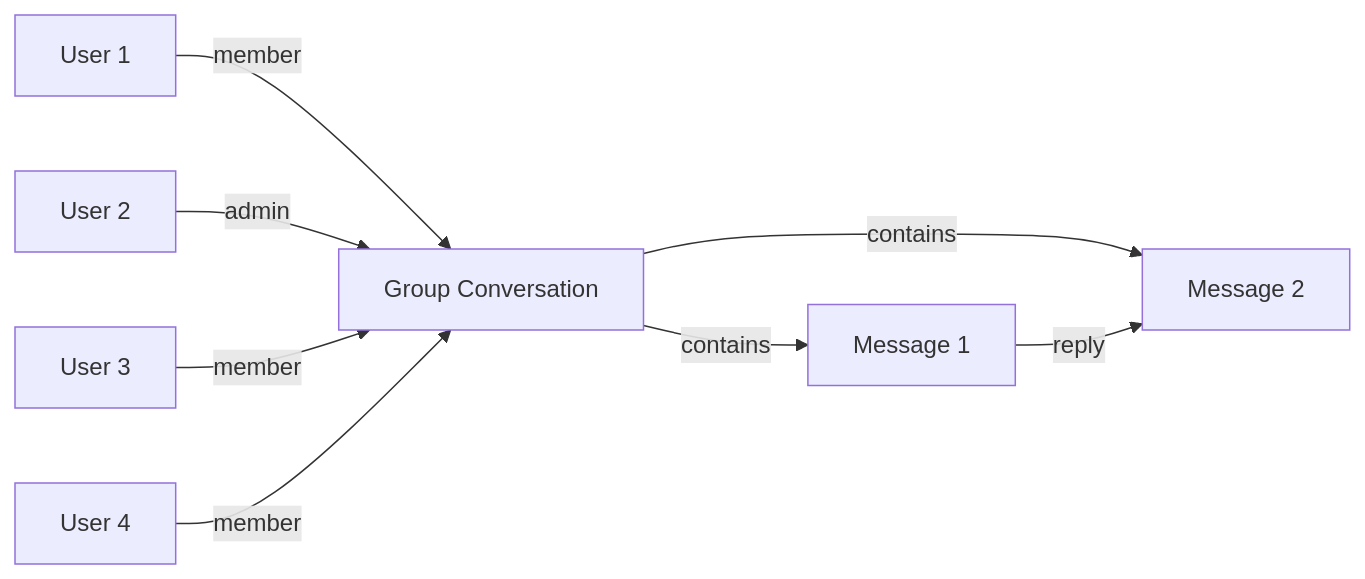
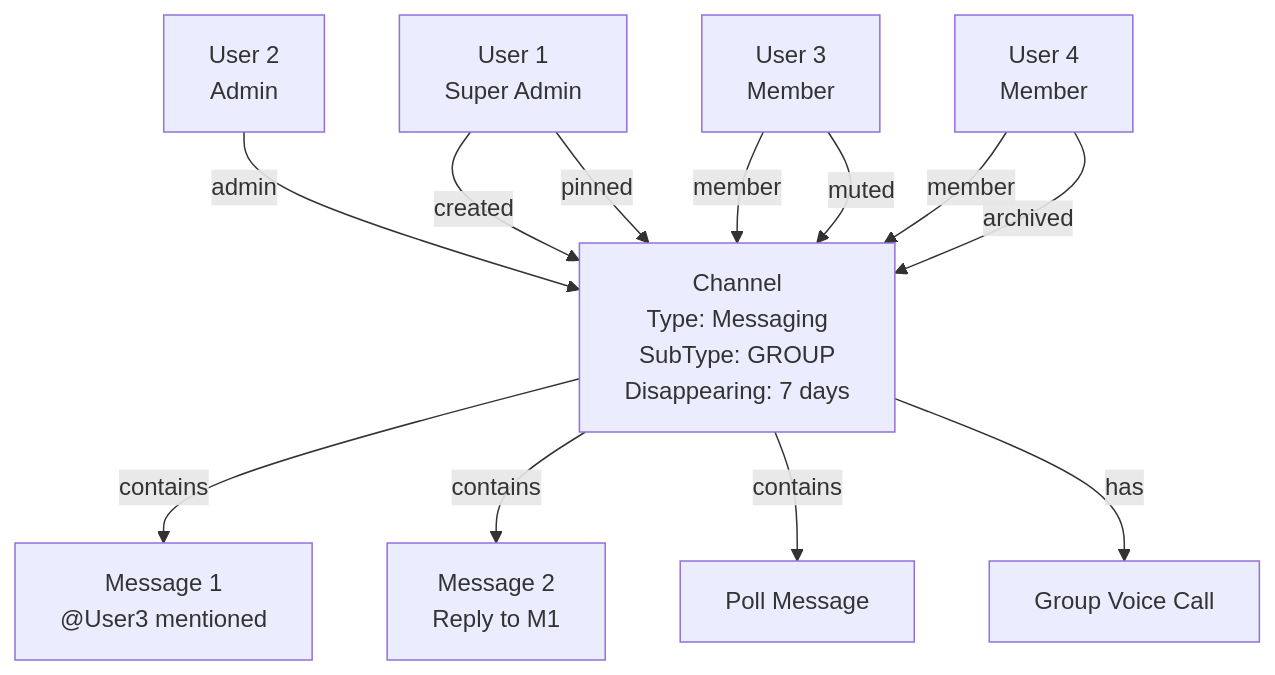
Before and after one commit to pawandms/anchor_backend: the third of 5 diagrams in messaging-data-model.md, drawn with Mermaid. The commit also changed other lines of this file and 460 other files, not shown here.

````diff
--- a/messaging-data-model.md
+++ b/messaging-data-model.md
@@ -98,10 +334,14 @@
 ```mermaid
-graph LR
-    U1[User 1] -->|member| G[Group Conversation]
-    U2[User 2] -->|admin| G
-    U3[User 3] -->|member| G
-    U4[User 4] -->|member| G
-    G -->|contains| M1[Message 1]
-    G -->|contains| M2[Message 2]
-    M1 -->|reply| M2
+graph TB
+    U1[User 1<br/>Super Admin] -->|created| G[Channel<br/>Type: Messaging<br/>SubType: GROUP<br/>Disappearing: 7 days]
+    U2[User 2<br/>Admin] -->|admin| G
+    U3[User 3<br/>Member] -->|member| G
+    U4[User 4<br/>Member] -->|member| G
+    G -->|contains| M1[Message 1<br/>@User3 mentioned]
+    G -->|contains| M2[Message 2<br/>Reply to M1]
+    G -->|contains| M3[Poll Message]
+    G -->|has| Call2[Group Voice Call]
+    U1 -->|pinned| G
+    U3 -->|muted| G
+    U4 -->|archived| G
 ```
````
